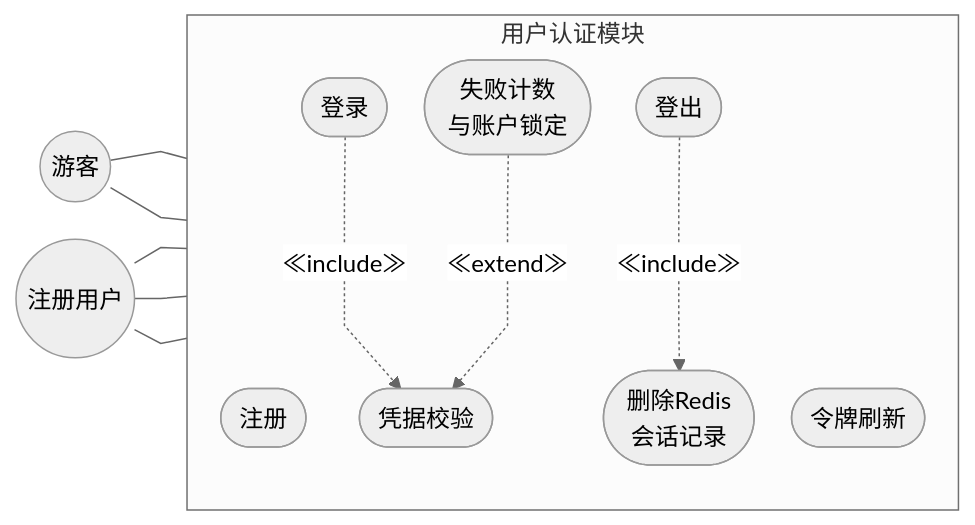
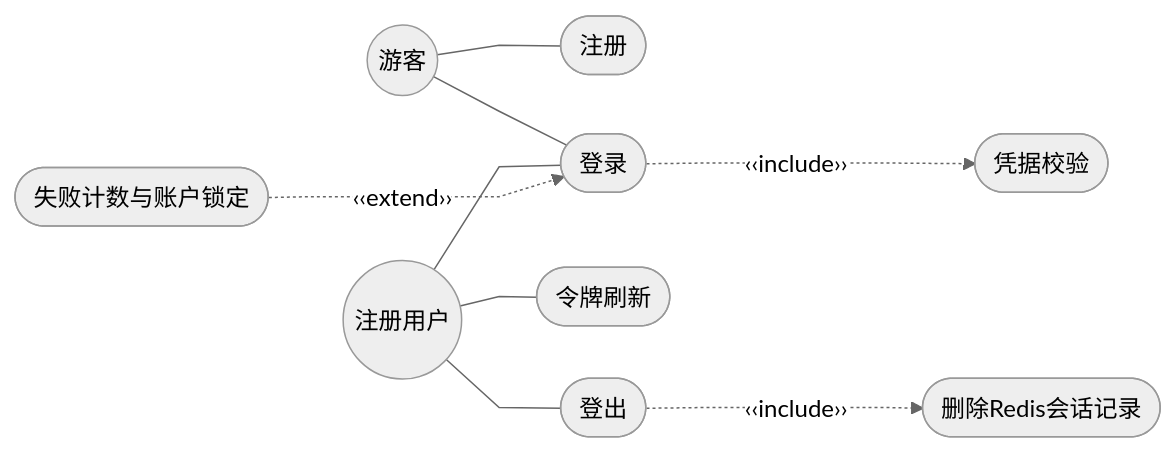
The diagram in docs/diagrams/fig3-2-auth-usecase.mmd (Wkjlovec/graduation_project_zhuang), drawn with Mermaid before and after one commit. The commit also changed 13 other files, not shown here.

Commit message:
docs: 修正用例图标签为‹‹include/extend››, 去除subgraph改为扁平布局使线条更直

```diff
--- a/docs/diagrams/fig3-2-auth-usecase.mmd
+++ b/docs/diagrams/fig3-2-auth-usecase.mmd
@@ -1,24 +1,10 @@
-%%{init: {'theme': 'neutral', 'flowchart': {'curve': 'linear', 'rankSpacing': 35, 'nodeSpacing': 25}}}%%
+%%{init: {'theme': 'neutral', 'flowchart': {'curve': 'linear', 'rankSpacing': 50, 'nodeSpacing': 35}}}%%
 graph LR
-    Guest((游客))
-    User((注册用户))
-
-    subgraph 用户认证模块
-        direction TB
-        UC1([注册])
-        UC2([登录])
-        UC3([令牌刷新])
-        UC4([登出])
-        UC5([凭据校验])
-        UC6([失败计数\n与账户锁定])
-        UC7([删除Redis\n会话记录])
-    end
-
-    Guest --- UC1
-    Guest --- UC2
-    User --- UC2
-    User --- UC3
-    User --- UC4
-    UC2 -..->|"≪include≫"| UC5
-    UC6 -..->|"≪extend≫"| UC5
-    UC4 -..->|"≪include≫"| UC7
+    Guest((游客)) --- UC1([注册])
+    Guest --- UC2([登录])
+    User((注册用户)) --- UC2
+    User --- UC3([令牌刷新])
+    User --- UC4([登出])
+    UC2 -..->|"‹‹include››"| UC5([凭据校验])
+    UC6([失败计数与账户锁定]) -..->|"‹‹extend››"| UC2
+    UC4 -..->|"‹‹include››"| UC7([删除Redis会话记录])
```
